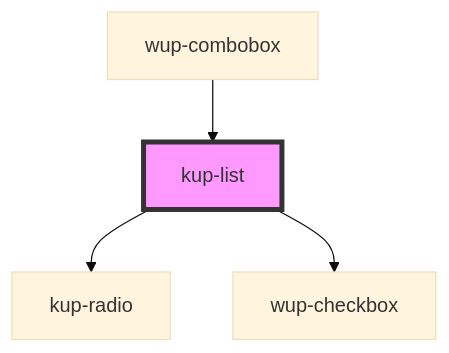
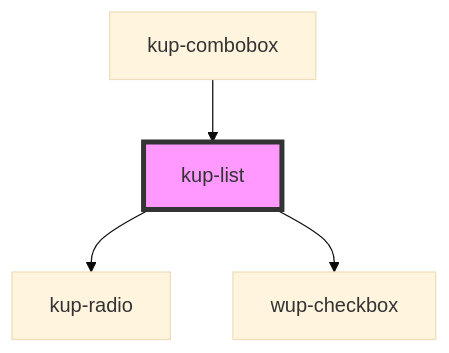
Before and after one commit to smeup/ketchup: the diagram in packages/ketchup/src/components/kup-list/readme.md, drawn with Mermaid (base theme). The commit also changed other lines of this file and 13 other files, not shown here.

Commit message:
Combobox from wup to kup and used in FLD.

````diff
--- a/packages/ketchup/src/components/kup-list/readme.md
+++ b/packages/ketchup/src/components/kup-list/readme.md
@@ -41,7 +41,7 @@
 ```mermaid
 graph TD;
   kup-list --> kup-radio
   kup-list --> wup-checkbox
-  wup-combobox --> kup-list
+  kup-combobox --> kup-list
   style kup-list fill:#f9f,stroke:#333,stroke-width:4px
 ```
````
